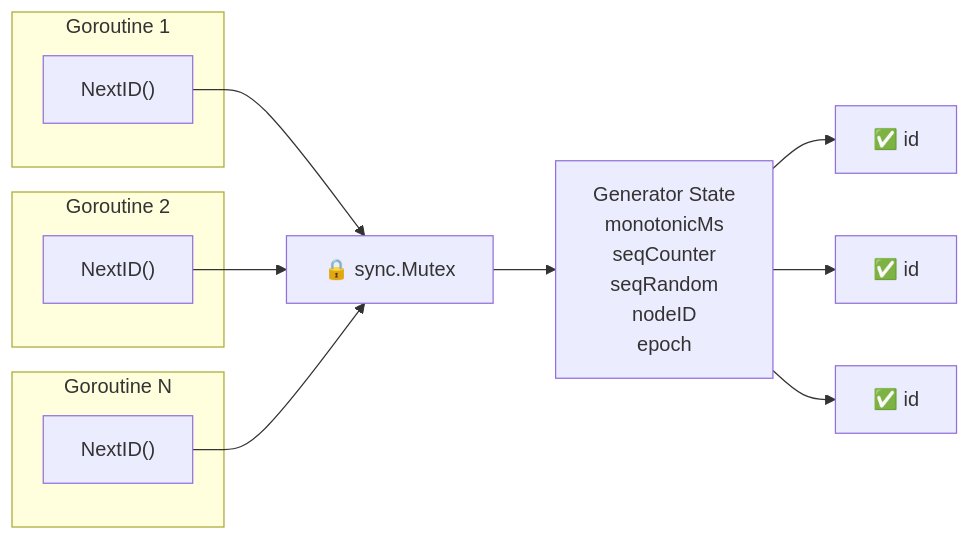
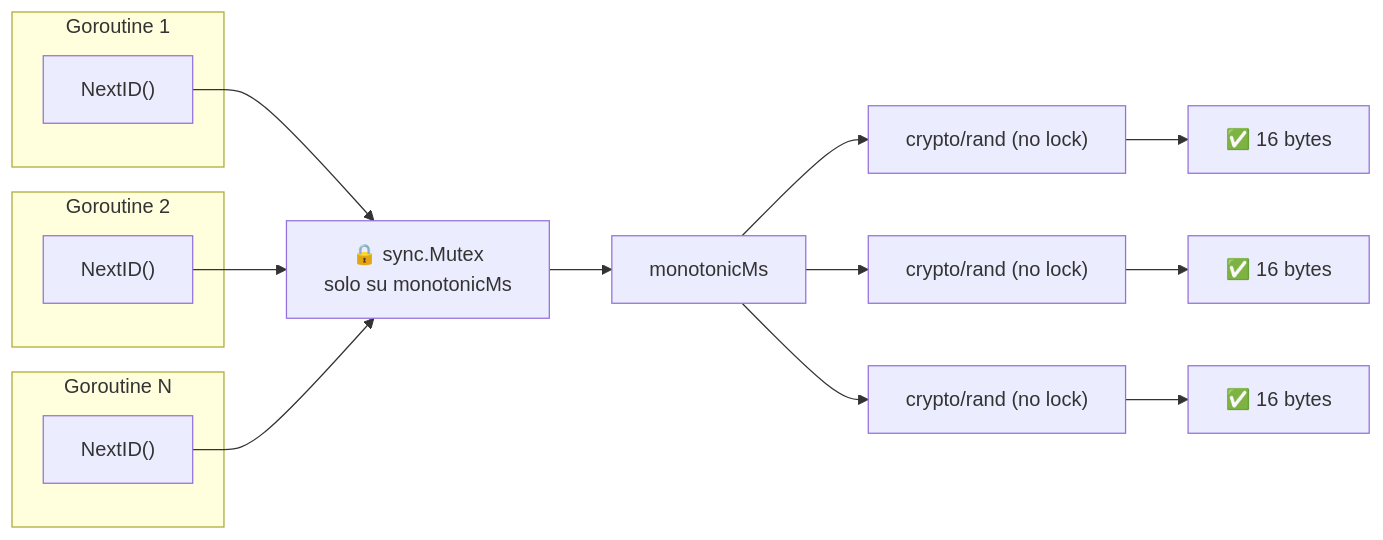
The fourth of 4 diagrams in docs/design/snowflake-algorithm-workflow.md (Albe83/snowflake-id-service), drawn with Mermaid before and after one commit. The commit also changed other lines of this file and 1 other file, not shown here.

Commit message:
docs: adopt 128-bit random payload design (MADR 0003), simplify workflow

````diff
--- a/docs/design/snowflake-algorithm-workflow.md
+++ b/docs/design/snowflake-algorithm-workflow.md
@@ -94,20 +82,23 @@
 ```mermaid
 flowchart LR
     subgraph "Goroutine 1"
         G1["NextID()"]
     end
     subgraph "Goroutine 2"
         G2["NextID()"]
     end
     subgraph "Goroutine N"
         GN["NextID()"]
     end
 
-    G1 --> M["🔒 sync.Mutex"]
+    G1 --> M["🔒 sync.Mutex<br>solo su monotonicMs"]
     G2 --> M
     GN --> M
-    M --> Gen["Generator State<br>monotonicMs<br>seqCounter<br>seqRandom<br>nodeID<br>epoch"]
-    Gen --> ID1["✅ id"]
-    Gen --> ID2["✅ id"]
-    Gen --> IDN["✅ id"]
+    M --> Gen["monotonicMs"]
+    Gen --> R1["crypto/rand (no lock)"]
+    Gen --> R2["crypto/rand (no lock)"]
+    Gen --> RN["crypto/rand (no lock)"]
+    R1 --> ID1["✅ 16 bytes"]
+    R2 --> ID2["✅ 16 bytes"]
+    RN --> IDN["✅ 16 bytes"]
 ```
````
